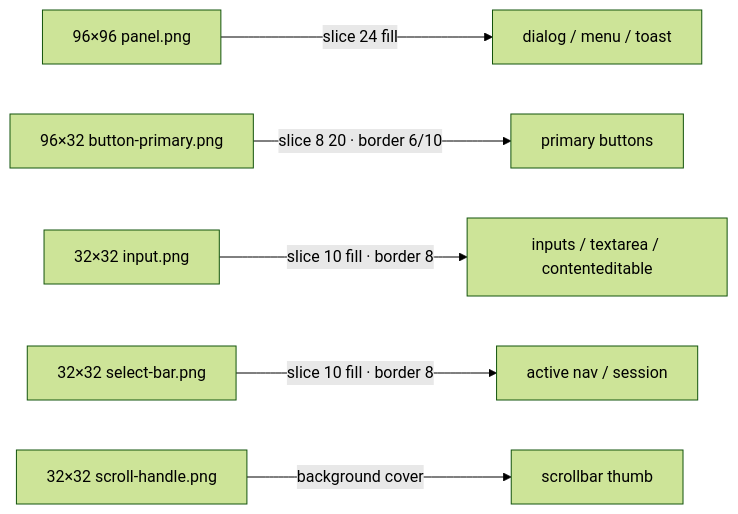
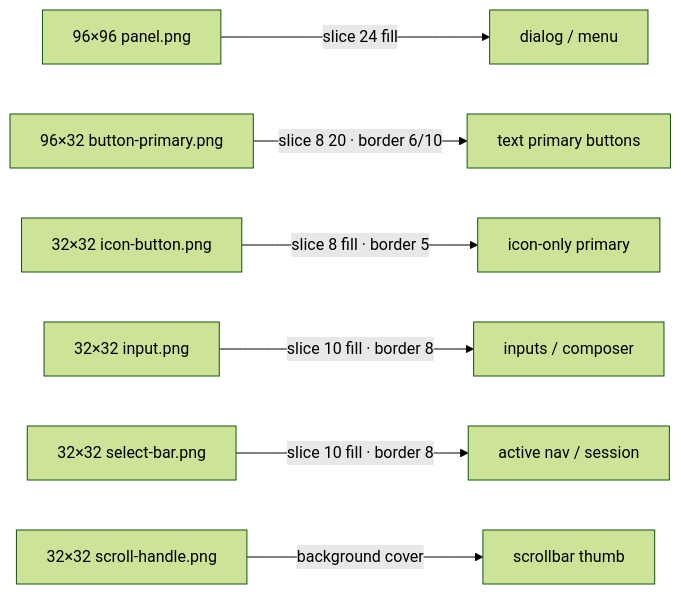
One commit to zhang66633/dsh-pixel-ui changed the first of 5 diagrams in docs/dev/开发计划.md. Above: the diagram before and after it, drawn with Mermaid (forest theme). The commit also changed other lines of this file and 30 other files, not shown here.

````diff
--- a/docs/dev/开发计划.md
+++ b/docs/dev/开发计划.md
@@ -20,8 +23,9 @@
 ```mermaid
 flowchart LR
-  A[96×96 panel.png] -->|slice 24 fill| B[dialog / menu / toast]
-  C[96×32 button-primary.png] -->|slice 8 20 · border 6/10| D[primary buttons]
-  E[32×32 input.png] -->|slice 10 fill · border 8| F[inputs / textarea / contenteditable]
-  G[32×32 select-bar.png] -->|slice 10 fill · border 8| H[active nav / session]
-  I[32×32 scroll-handle.png] -->|background cover| J[scrollbar thumb]
+  A[96×96 panel.png] -->|slice 24 fill| B[dialog / menu]
+  C[96×32 button-primary.png] -->|slice 8 20 · border 6/10| D[text primary buttons]
+  E[32×32 icon-button.png] -->|slice 8 fill · border 5| F[icon-only primary]
+  G[32×32 input.png] -->|slice 10 fill · border 8| H[inputs / composer]
+  I[32×32 select-bar.png] -->|slice 10 fill · border 8| J[active nav / session]
+  K[32×32 scroll-handle.png] -->|background cover| L[scrollbar thumb]
 ```
````
